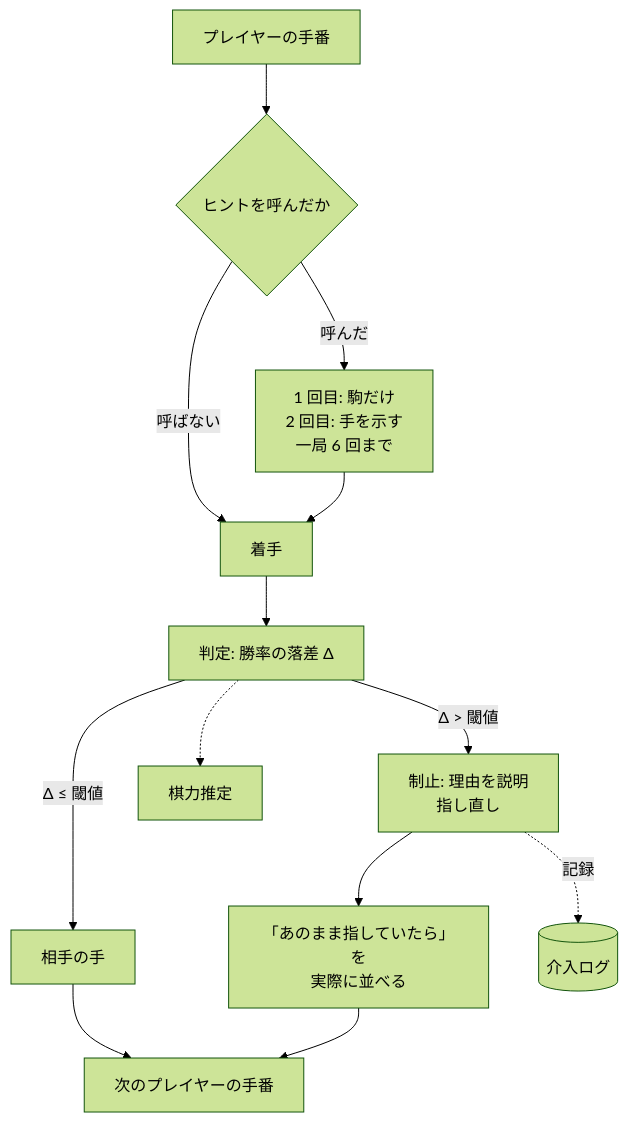
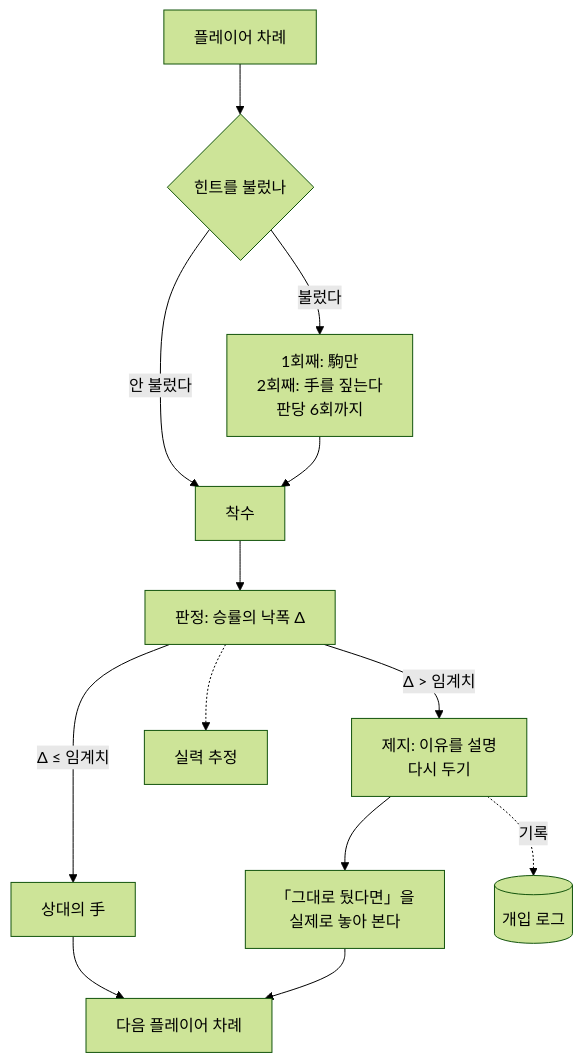
Before and after one commit to jovid18/show-gi: the first of 2 diagrams in README.md, drawn with Mermaid (forest theme). The commit also changed other lines of this file and 2 other files, not shown here.

````diff
--- a/README.md
+++ b/README.md
@@ -72,15 +72,15 @@
 ```mermaid
 flowchart TD
-    A[プレイヤーの手番] --> B{ヒントを呼んだか}
-    B -- 呼んだ --> C["1 回目: 駒だけ<br/>2 回目: 手を示す<br/>一局 6 回まで"]
-    B -- 呼ばない --> D[着手]
+    A[플레이어 차례] --> B{힌트를 불렀나}
+    B -- 불렀다 --> C["1회째: 駒만<br/>2회째: 手를 짚는다<br/>판당 6회까지"]
+    B -- 안 불렀다 --> D[착수]
     C --> D
-    D --> E["判定: 勝率の落差 Δ"]
-    E -- "Δ ≤ 閾値" --> F[相手の手]
-    F --> K[次のプレイヤーの手番]
-    E -- "Δ > 閾値" --> G["制止: 理由を説明<br/>指し直し"]
-    G --> H["「あのまま指していたら」を<br/>実際に並べる"]
+    D --> E["판정: 승률의 낙폭 Δ"]
+    E -- "Δ ≤ 임계치" --> F[상대의 手]
+    F --> K[다음 플레이어 차례]
+    E -- "Δ > 임계치" --> G["제지: 이유를 설명<br/>다시 두기"]
+    G --> H["「그대로 뒀다면」을<br/>실제로 놓아 본다"]
     H --> K
-    G -. "記録" .-> I[(介入ログ)]
-    E -.-> J[棋力推定]
+    G -. "기록" .-> I[(개입 로그)]
+    E -.-> J[실력 추정]
 ```
````
